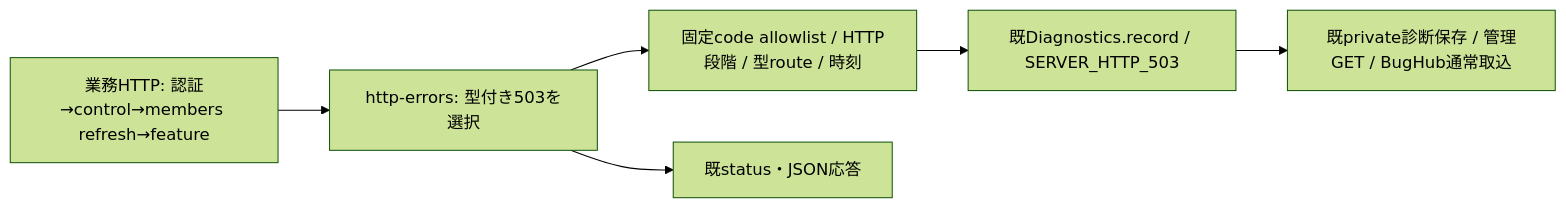
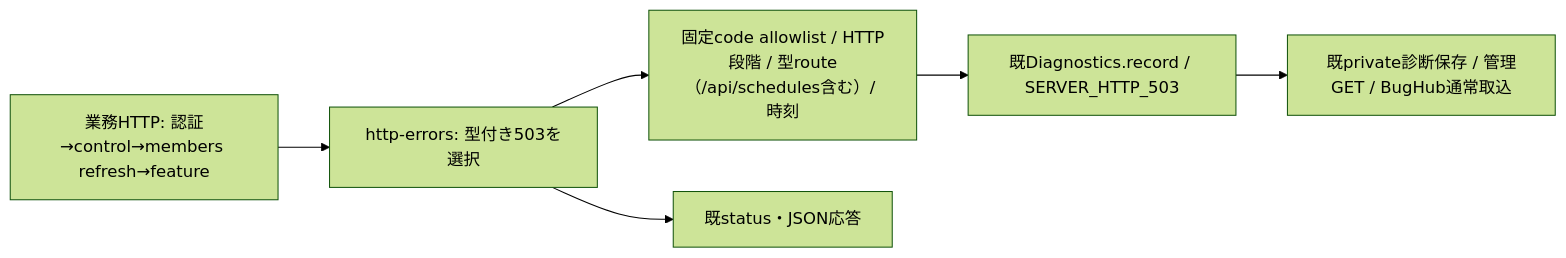
Before and after one commit to kitepon/BellTeam: the fifth of 29 diagrams in docs/architecture/modules/integration/README.md, drawn with Mermaid (forest theme). The commit also changed other lines of this file and 2 other files, not shown here.

Commit message:
Keep schedules route in safe HTTP 503 diagnostics

````diff
--- a/docs/architecture/modules/integration/README.md
+++ b/docs/architecture/modules/integration/README.md
@@ -116,8 +116,8 @@
 ```mermaid
 flowchart LR
   HTTP["業務HTTP: 認証→control→members refresh→feature"] --> Error["http-errors: 型付き503を選択"]
-  Error --> Safe["固定code allowlist / HTTP段階 / 型route / 時刻"]
+  Error --> Safe["固定code allowlist / HTTP段階 / 型route（/api/schedules含む）/ 時刻"]
   Safe --> Writer["既Diagnostics.record / SERVER_HTTP_503"]
   Writer --> Saved["既private診断保存 / 管理GET / BugHub通常取込"]
   Error --> Response["既status・JSON応答"]
 ```
````
